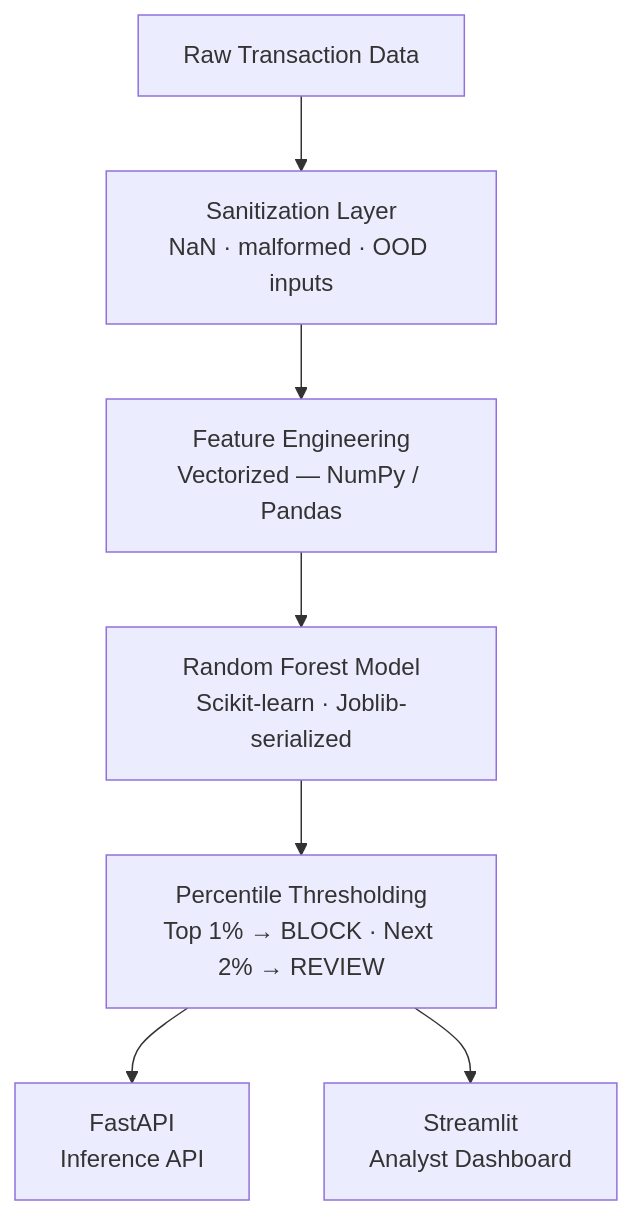
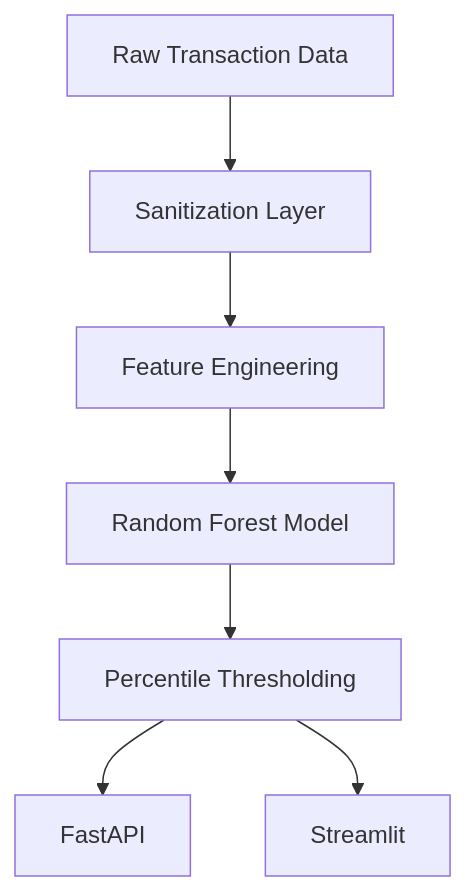
Before and after one commit to yusufemrekatkat/end-to-end-fraud-detection: the diagram in README.md, drawn with Mermaid. The commit also changed other lines of this file, not shown here.

````diff
--- a/README.md
+++ b/README.md
@@ -22,9 +22,16 @@
 ```mermaid
 flowchart TD
-    A[Raw Transaction Data] --> B[Sanitization Layer\nNaN · malformed · OOD inputs]
-    B --> C[Feature Engineering\nVectorized — NumPy / Pandas]
-    C --> D[Random Forest Model\nScikit-learn · Joblib-serialized]
-    D --> E[Percentile Thresholding\nTop 1% → BLOCK · Next 2% → REVIEW]
-    E --> F[FastAPI\nInference API]
-    E --> G[Streamlit\nAnalyst Dashboard]
+    A[Raw Transaction Data] --> B[Sanitization Layer]
+    B --> C[Feature Engineering]
+    C --> D[Random Forest Model]
+    D --> E[Percentile Thresholding]
+    E --> F[FastAPI]
+    E --> G[Streamlit]
+
+    B:::note
+    C:::note
+    D:::note
+    E:::note
+    F:::note
+    G:::note
 ```
````
